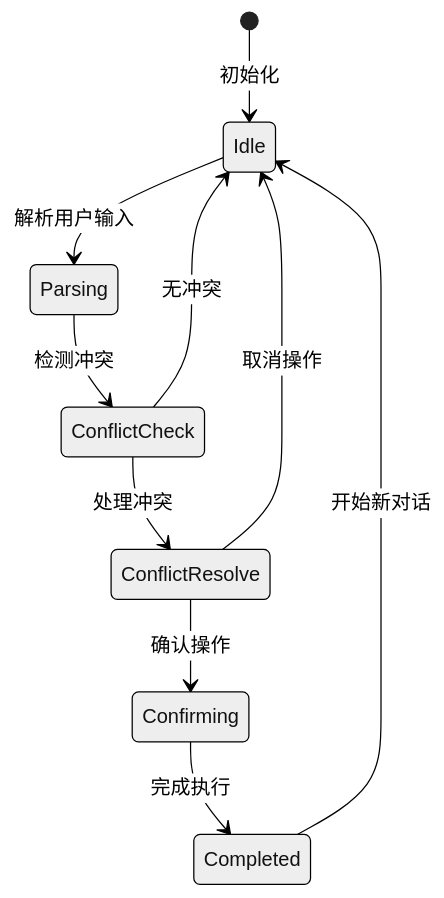
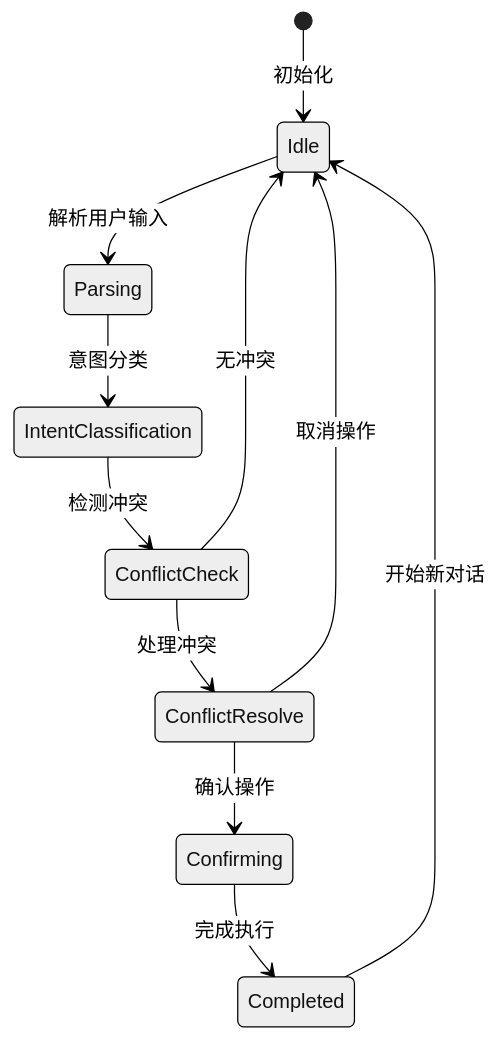
Before and after one commit to hrygo/memos: diagram 18 of 23 in .qoder/repowiki/zh/content/AI 增强系统/Parrot 多代理 AI 系统/Schedule Parrot 日程管理代理.md, drawn with Mermaid (neutral theme). The commit also changed other lines of this file and 29 other files, not shown here.

````diff
--- a/.qoder/repowiki/zh/content/AI 增强系统/Parrot 多代理 AI 系统/Schedule Parrot 日程管理代理.md
+++ b/.qoder/repowiki/zh/content/AI 增强系统/Parrot 多代理 AI 系统/Schedule Parrot 日程管理代理.md
@@ -540,12 +788,13 @@
 ```mermaid
 stateDiagram-v2
 [*] --> Idle : 初始化
 Idle --> Parsing : 解析用户输入
-Parsing --> ConflictCheck : 检测冲突
+Parsing --> IntentClassification : 意图分类
+IntentClassification --> ConflictCheck : 检测冲突
 ConflictCheck --> ConflictResolve : 处理冲突
 ConflictResolve --> Confirming : 确认操作
 Confirming --> Completed : 完成执行
 Completed --> Idle : 开始新对话
 ConflictCheck --> Idle : 无冲突
 ConflictResolve --> Idle : 取消操作
 ```
````
